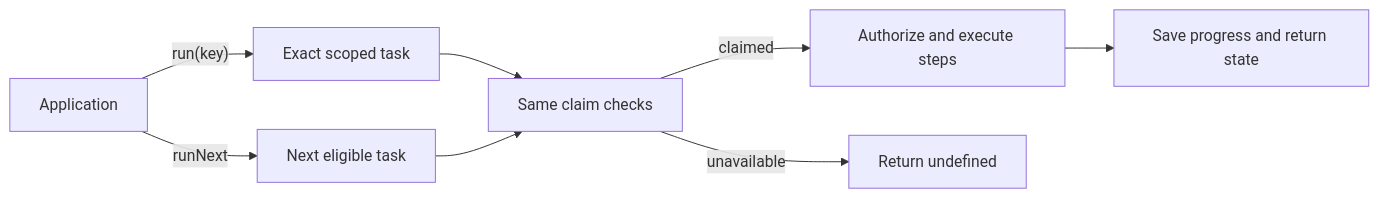
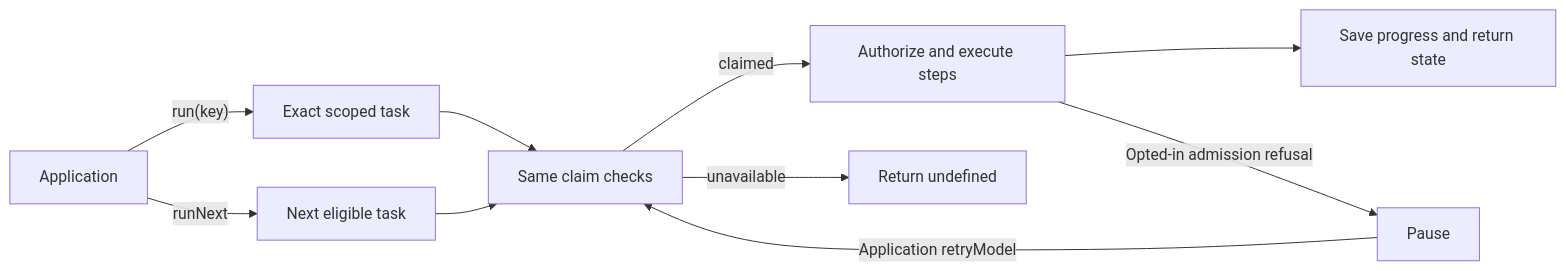
One commit to jingyufanclub/small-hour changed the diagram in docs/tasks.md. Above: the diagram before and after it, drawn with Mermaid. The commit also changed other lines of this file and 18 other files, not shown here.

First line of the commit message:
Preserve retry allowances through admission pauses (#39)

````diff
--- a/docs/tasks.md
+++ b/docs/tasks.md
@@ -27,10 +27,12 @@
 ```mermaid
 flowchart LR
     App[Application] -->|"run(key)"| Exact[Exact scoped task]
     App -->|runNext| Next[Next eligible task]
     Exact --> Claim[Same claim checks]
     Next --> Claim
     Claim -->|claimed| Steps[Authorize and execute steps]
     Claim -->|unavailable| Idle[Return undefined]
     Steps --> Saved[Save progress and return state]
+    Steps -->|Opted-in admission refusal| Pause[Pause]
+    Pause -->|Application retryModel| Claim
 ```
````
